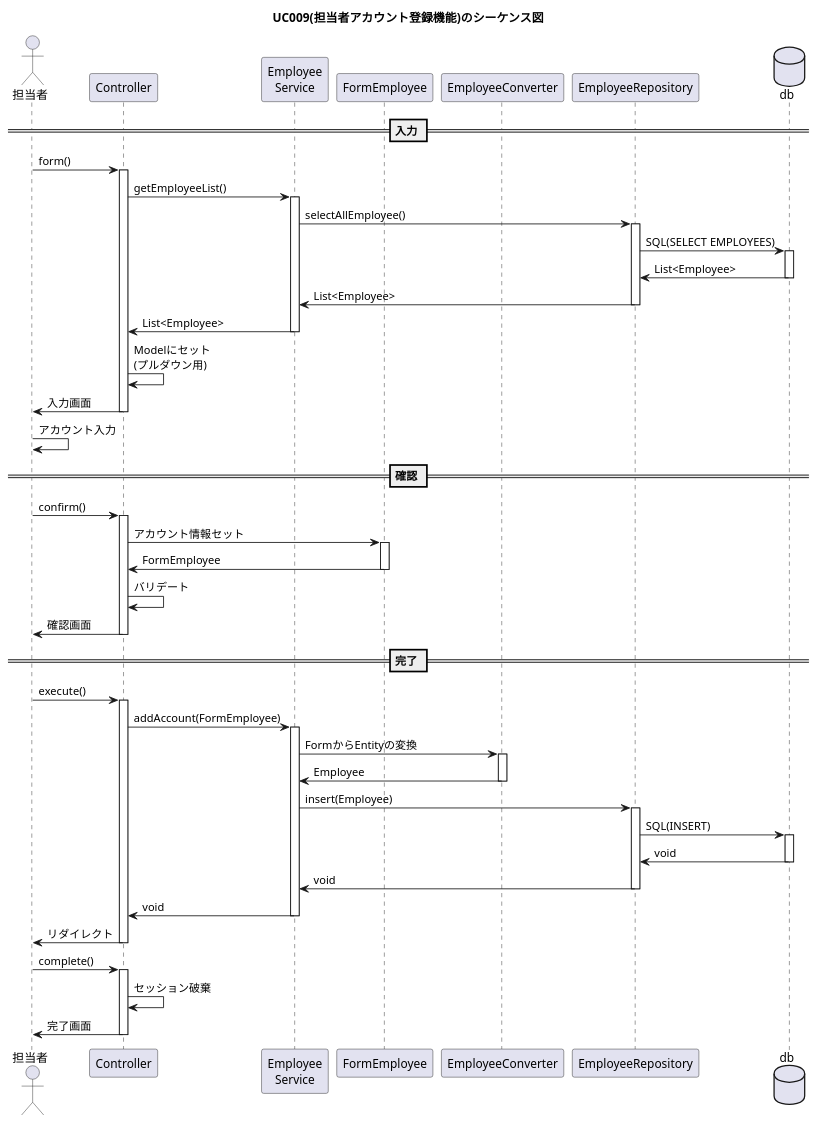
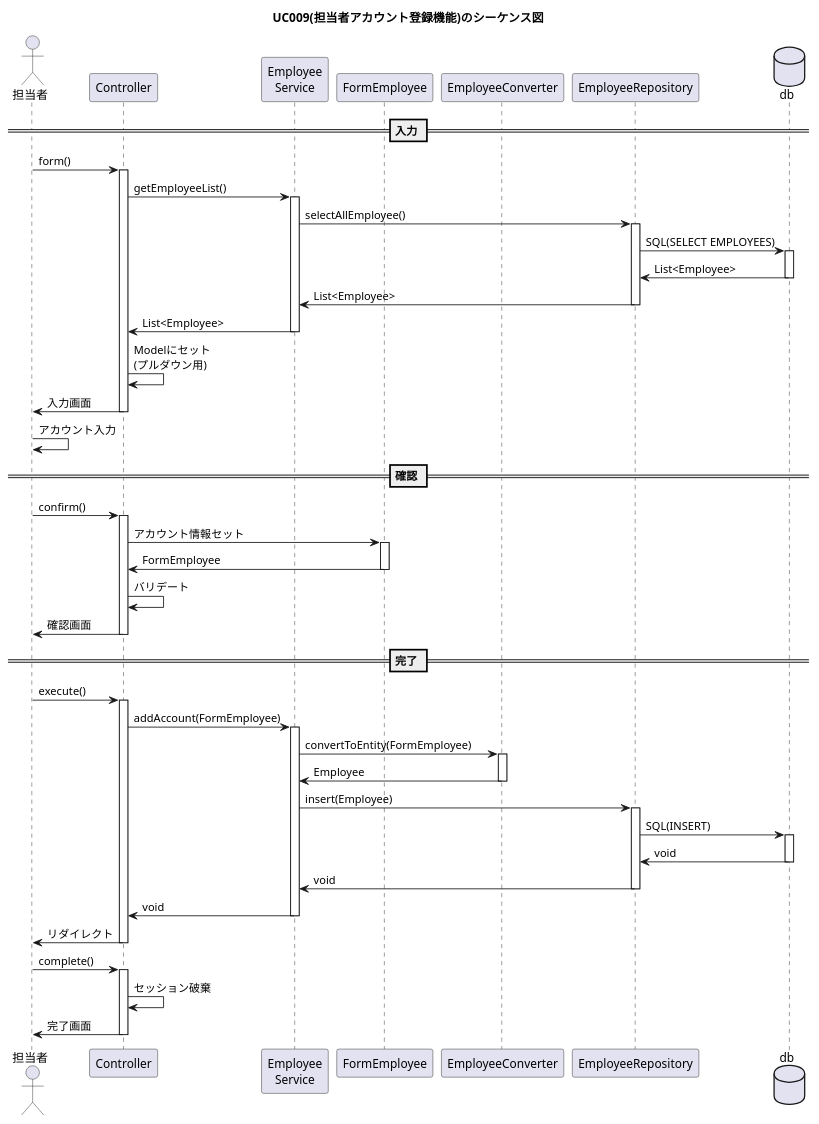
One commit to kanavii3333/ec-b changed the diagram in plan/uml/sequence/uc009.plantuml. Above: the diagram before and after it, drawn with PlantUML.

Commit message:
uc009.plantuml修正　convertToEntityメソッドのつけたし

```diff
--- a/plan/uml/sequence/uc009.plantuml
+++ b/plan/uml/sequence/uc009.plantuml
@@ -1,42 +1,42 @@
 @startuml
 
 title UC009(担当者アカウント登録機能)のシーケンス図
 actor "担当者" as user
 participant "Controller" as controller
 participant "Employee\nService" as service
 participant "FormEmployee" as form
 participant "EmployeeConverter" as helper
 participant "EmployeeRepository" as repository
 database "db" as db
  == 入力 ==
 user -> controller++:form()
 controller -> service++:getEmployeeList()
 service -> repository++:selectAllEmployee()
 repository -> db++:SQL(SELECT EMPLOYEES)
 db -> repository--:List<Employee>
 repository -> service--:List<Employee>
 service -> controller--:List<Employee>
 controller -> controller:Modelにセット\n(プルダウン用)
 controller -> user--:入力画面
 user -> user:アカウント入力 
  == 確認 ==
 user -> controller++:confirm()
 controller -> form++:アカウント情報セット
 form -> controller--:FormEmployee
 controller -> controller:バリデート
 controller -> user--:確認画面
  == 完了 ==
 user -> controller++:execute()
 controller -> service++:addAccount(FormEmployee)
-service -> helper++:FormからEntityの変換
+service -> helper++:convertToEntity(FormEmployee)
 helper -> service--:Employee
 service -> repository++:insert(Employee)
 repository -> db++:SQL(INSERT)
 db -> repository--:void
 repository -> service--:void
 service -> controller--:void
 controller -> user--:リダイレクト
 user -> controller++:complete()
 controller -> controller:セッション破棄
 controller -> user--:完了画面
 @enduml
```
